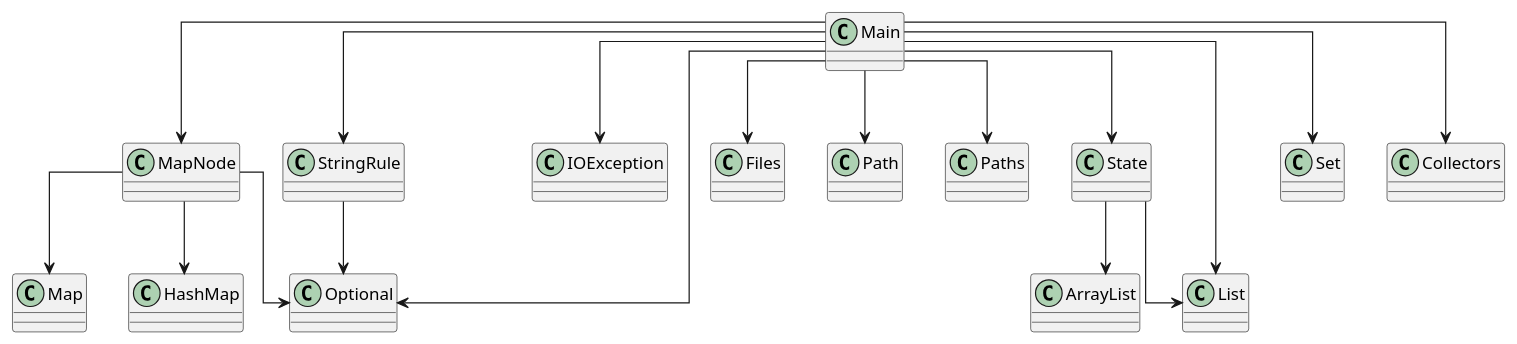
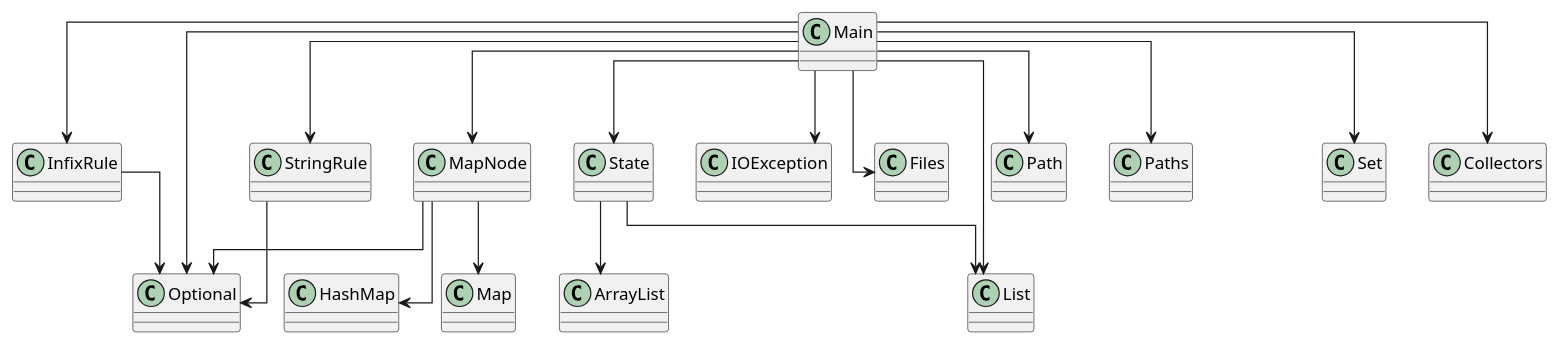
Before and after one commit to SirMathhman/Magma: the diagram in diagram.puml, drawn with PlantUML. The commit also changed 2 other files, not shown here.

Commit message:
InfixRule

```diff
--- a/diagram.puml
+++ b/diagram.puml
@@ -1,24 +1,27 @@
 @startuml
 skinparam linetype ortho
+class InfixRule
+InfixRule --> Optional
 class Main
+Main --> InfixRule
 Main --> MapNode
 Main --> State
 Main --> StringRule
 Main --> IOException
 Main --> Files
 Main --> Path
 Main --> Paths
 Main --> List
 Main --> Optional
 Main --> Set
 Main --> Collectors
 class StringRule
 StringRule --> Optional
 class MapNode
 MapNode --> HashMap
 MapNode --> Map
 MapNode --> Optional
 class State
 State --> ArrayList
 State --> List
 @enduml
```
